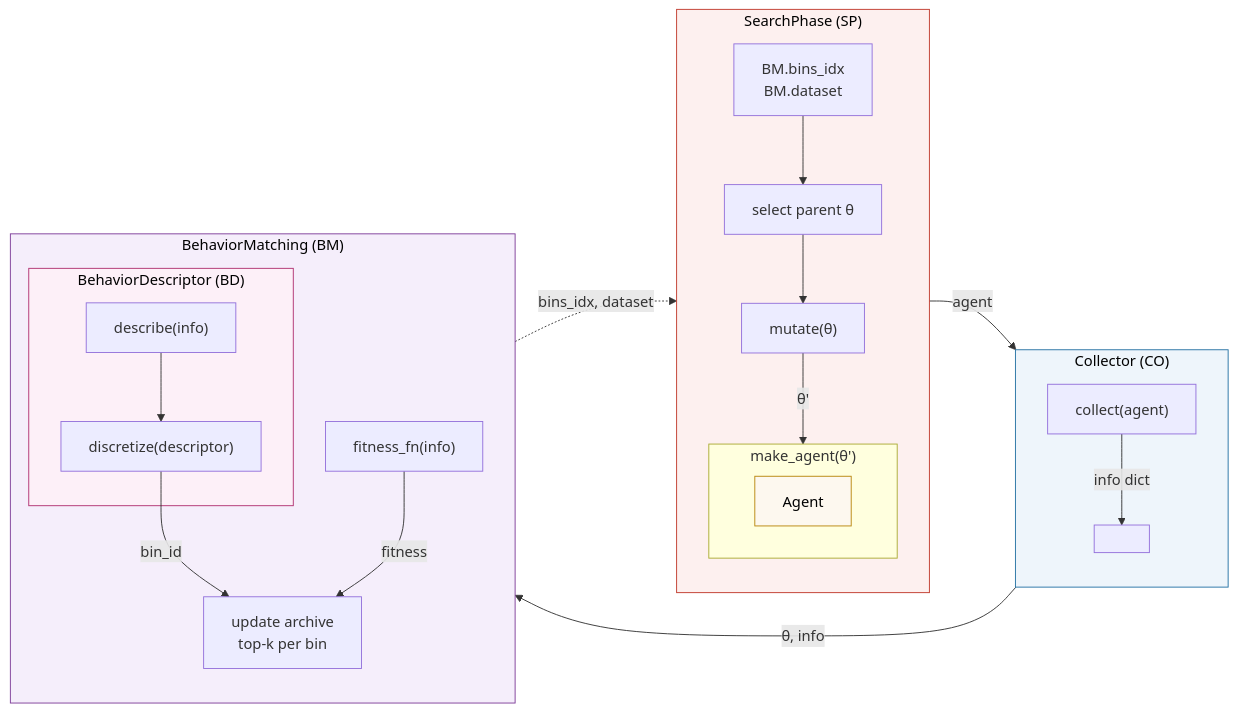
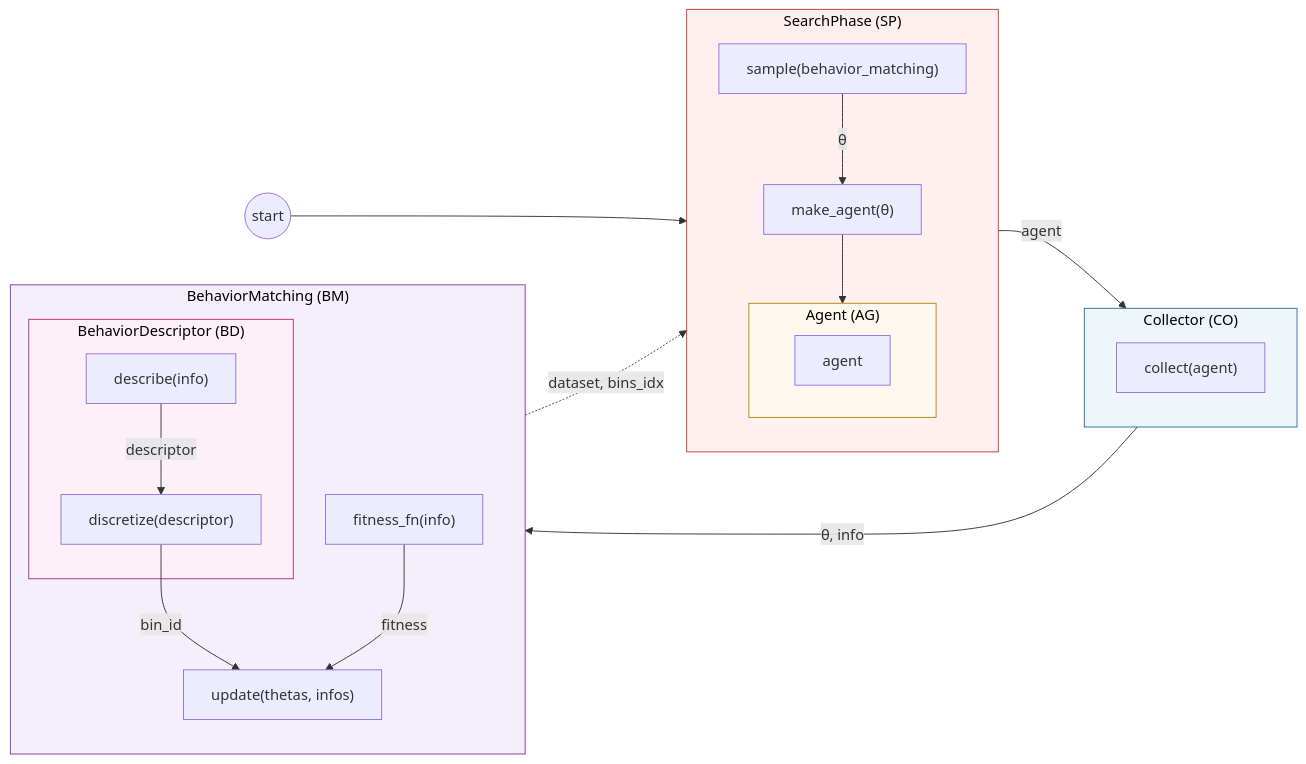
One commit to yugoguy/org changed the first of 3 diagrams in README.md. Above: the diagram before and after it, drawn with Mermaid. The commit also changed other lines of this file, not shown here.

````diff
--- a/README.md
+++ b/README.md
@@ -19,40 +19,40 @@
 ```mermaid
 flowchart LR
+    START(("start"))
+
     subgraph SP["SearchPhase (SP)"]
         direction TB
-        BM_read1["BM.bins_idx\nBM.dataset"] --> select["select parent θ"]
-        select --> mutate["mutate(θ)"]
-        subgraph make["make_agent(θ')"]
-            AM1["Agent"]
+        sample["sample(behavior_matching)"]
+        sample -->|"θ"| make_agent["make_agent(θ)"]
+        subgraph AG1["Agent (AG)"]
+            agent1["agent"]
         end
-        mutate -->|"θ'"| make
+        make_agent --> AG1
     end
 
     subgraph CO["Collector (CO)"]
-        direction TB
         collect["collect(agent)"]
-        collect -->|"info dict"| out1[ ]
     end
 
     subgraph BM["BehaviorMatching (BM)"]
         direction TB
         subgraph BD["BehaviorDescriptor (BD)"]
             describe["describe(info)"]
-            discretize["discretize(descriptor)"]
-            describe --> discretize
+            describe -->|"descriptor"| discretize["discretize(descriptor)"]
         end
         fitness_fn["fitness_fn(info)"]
-        discretize -->|"bin_id"| update["update archive\ntop-k per bin"]
+        discretize -->|"bin_id"| update["update(thetas, infos)"]
         fitness_fn -->|"fitness"| update
     end
 
+    START --> SP
     SP -->|"agent"| CO
     CO -->|"θ, info"| BM
-    BM -.->|"bins_idx, dataset"| SP
+    BM -.->|"dataset, bins_idx"| SP
 
     style SP fill:#fdf0ef,stroke:#c0392b,color:#000
     style CO fill:#eef5fb,stroke:#2471a3,color:#000
     style BM fill:#f5eefb,stroke:#7d3c98,color:#000
     style BD fill:#fdf0f8,stroke:#b03070,color:#000
-    style AM1 fill:#fdf8ef,stroke:#b8860b,color:#000
+    style AG1 fill:#fdf8ef,stroke:#b8860b,color:#000
 ```
````
